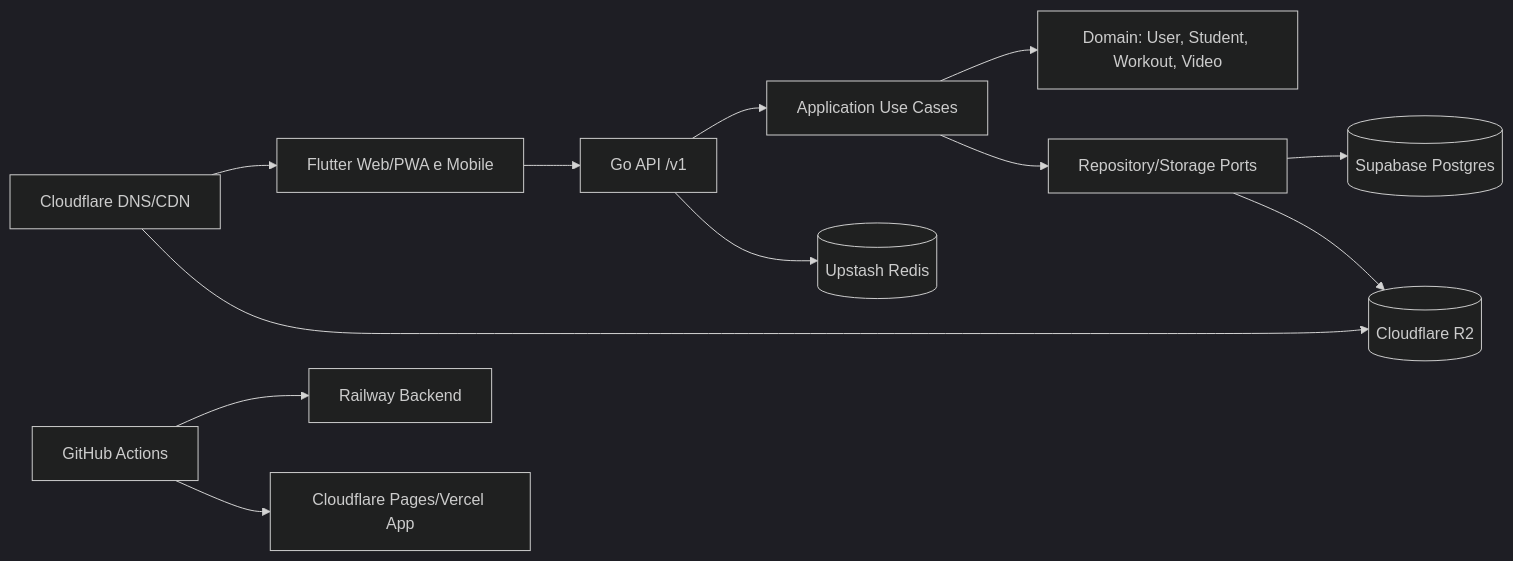
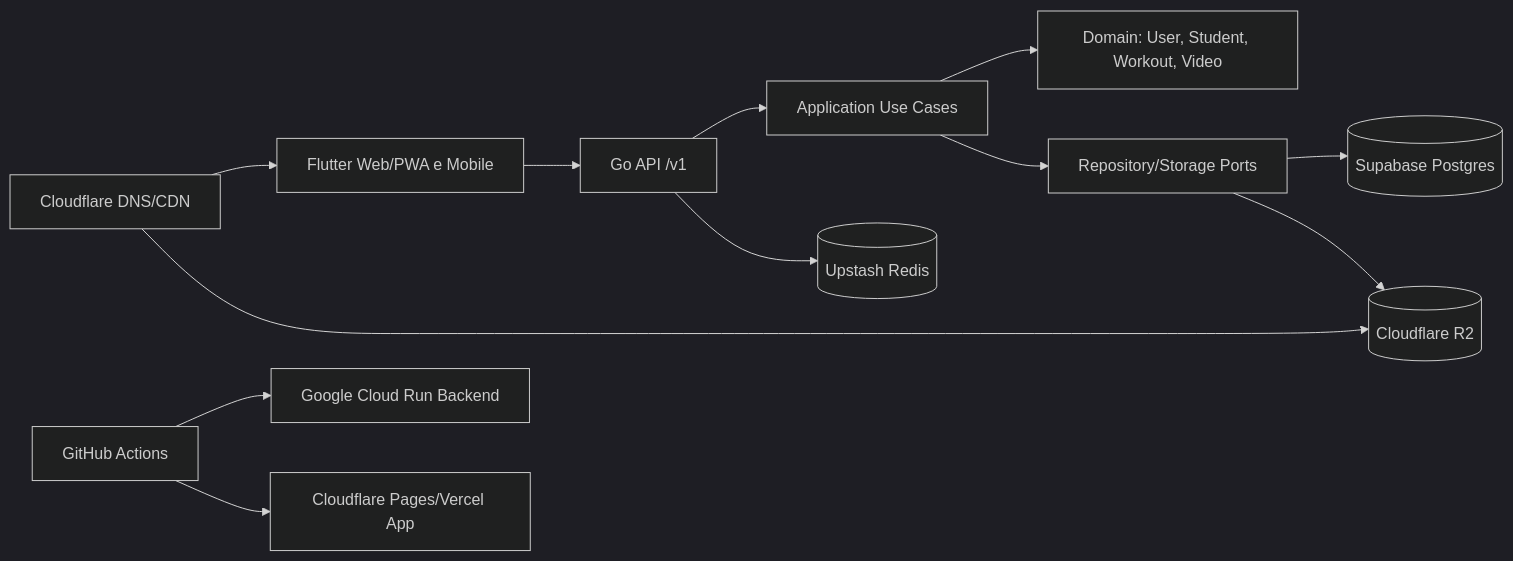
The first of 8 diagrams in docs/architecture/SAD.md (SCAPUTO88/fit-brother-2), drawn with Mermaid (dark theme) before and after one commit. The commit also changed other lines of this file and 9 other files, not shown here.

Commit message:
feat: adaptacoes runtime para Cloud Run

````diff
--- a/docs/architecture/SAD.md
+++ b/docs/architecture/SAD.md
@@ -62,14 +62,14 @@
 ```mermaid
 flowchart LR
     App[Flutter Web/PWA e Mobile] --> API[Go API /v1]
     API --> UseCases[Application Use Cases]
     UseCases --> Domain[Domain: User, Student, Workout, Video]
     UseCases --> Ports[Repository/Storage Ports]
     Ports --> PG[(Supabase Postgres)]
     Ports --> R2[(Cloudflare R2)]
     API --> Redis[(Upstash Redis)]
     Cloudflare[Cloudflare DNS/CDN] --> App
     Cloudflare --> R2
-    GitHub[GitHub Actions] --> Railway[Railway Backend]
+    GitHub[GitHub Actions] --> CloudRun[Google Cloud Run Backend]
     GitHub --> Pages[Cloudflare Pages/Vercel App]
 ```
````
